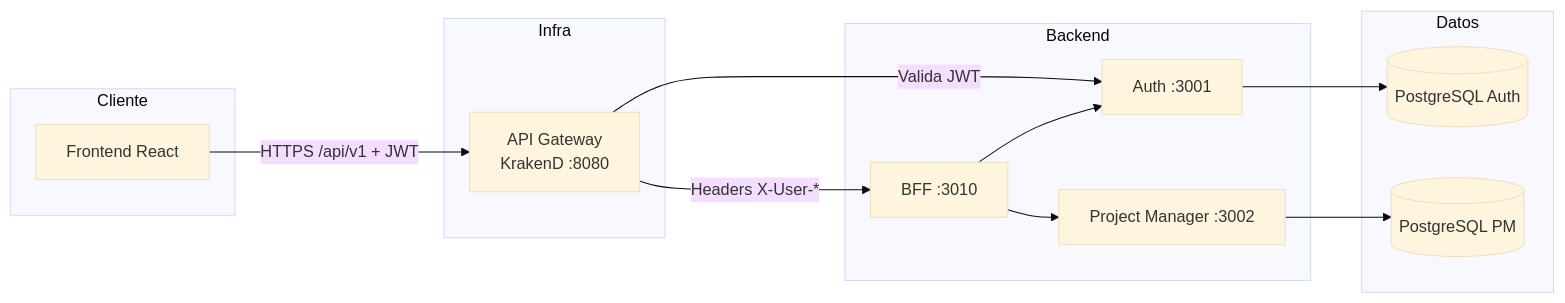
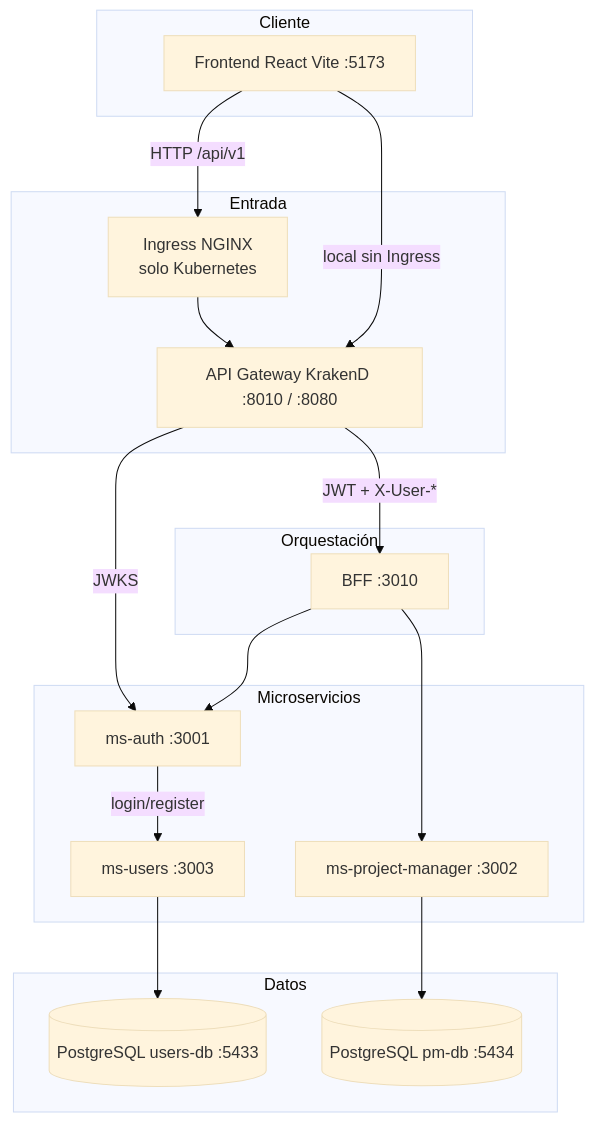
The first of 3 diagrams in backend/README.md (senioravo/backend_innovatech), drawn with Mermaid (base theme) before and after one commit. The commit also changed other lines of this file and 120 other files, not shown here.

First line of the commit message:
Implementar colaboracion, KPIs y perfiles en backend y frontend.

````diff
--- a/backend/README.md
+++ b/backend/README.md
@@ -37,29 +49,37 @@
 ```mermaid
-flowchart LR
+flowchart TB
   subgraph Cliente
-    FE[Frontend React]
+    FE[Frontend React Vite :5173]
   end
 
-  subgraph Infra
-    GW[API Gateway<br/>KrakenD :8080]
+  subgraph Entrada
+    ING[Ingress NGINX<br/>solo Kubernetes]
+    GW[API Gateway KrakenD :8010 / :8080]
   end
 
-  subgraph Backend
+  subgraph Orquestación
     BFF[BFF :3010]
-    AUTH[Auth :3001]
-    PM[Project Manager :3002]
+  end
+
+  subgraph Microservicios
+    AUTH[ms-auth :3001]
+    USERS[ms-users :3003]
+    PM[ms-project-manager :3002]
   end
 
   subgraph Datos
-    DBA[(PostgreSQL Auth)]
-    DBP[(PostgreSQL PM)]
+    UDB[(PostgreSQL users-db :5433)]
+    PMDB[(PostgreSQL pm-db :5434)]
   end
 
-  FE -->|HTTPS /api/v1 + JWT| GW
-  GW -->|Valida JWT| AUTH
-  GW -->|Headers X-User-*| BFF
+  FE -->|HTTP /api/v1| ING
+  FE -->|local sin Ingress| GW
+  ING --> GW
+  GW -->|JWT + X-User-*| BFF
   BFF --> AUTH
   BFF --> PM
-  AUTH --> DBA
-  PM --> DBP
+  AUTH -->|login/register| USERS
+  USERS --> UDB
+  PM --> PMDB
+  GW -->|JWKS| AUTH
 ```
````
